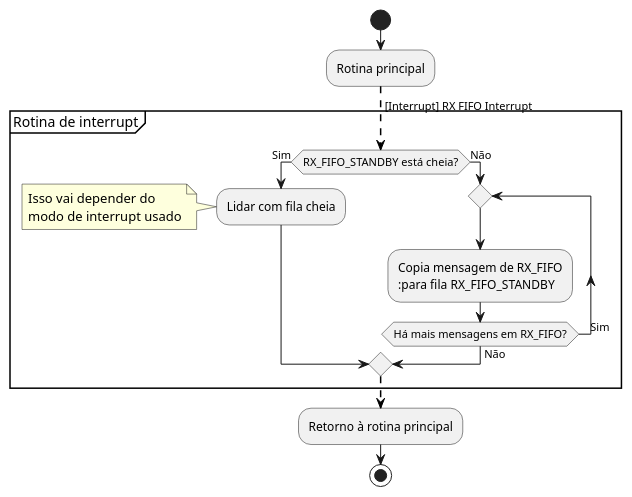
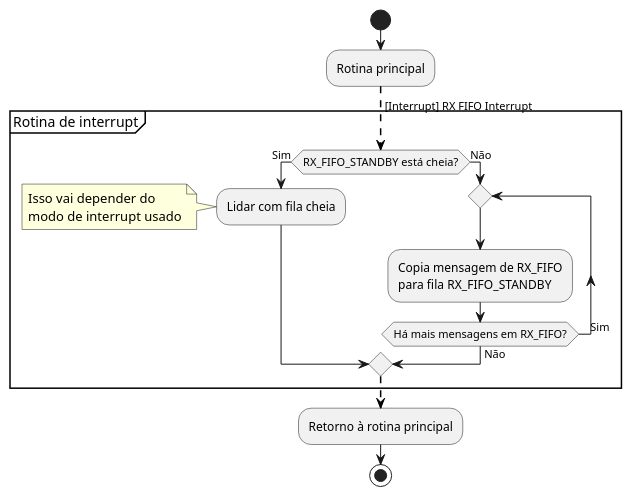
Before and after one commit to fgiongo/pmm-com-activity-diagrams: the diagram in interrupt.ad.puml, drawn with PlantUML.

Commit message:
bugfix: typo

```diff
--- a/interrupt.ad.puml
+++ b/interrupt.ad.puml
@@ -1,24 +1,24 @@
 @startuml
 start
 :Rotina principal;
 
 -[#black,dashed]-> [Interrupt] RX FIFO Interrupt;
 
 partition "Rotina de interrupt" {
     if (RX_FIFO_STANDBY está cheia?) then (Sim)
         :Lidar com fila cheia;
         note left
             Isso vai depender do
             modo de interrupt usado
         end note
     else (Não)
         repeat
             :Copia mensagem de RX_FIFO
-            :para fila RX_FIFO_STANDBY;
+            para fila RX_FIFO_STANDBY;
         repeat while (Há mais mensagens em RX_FIFO?) is (    Sim) not (Não)
     endif
 }
 -[#black,dashed]->
 :Retorno à rotina principal;
 stop
 @enduml
```
